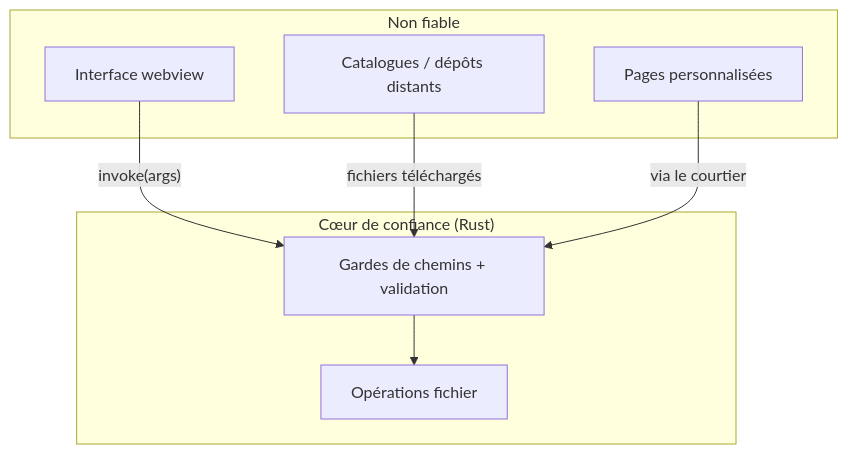
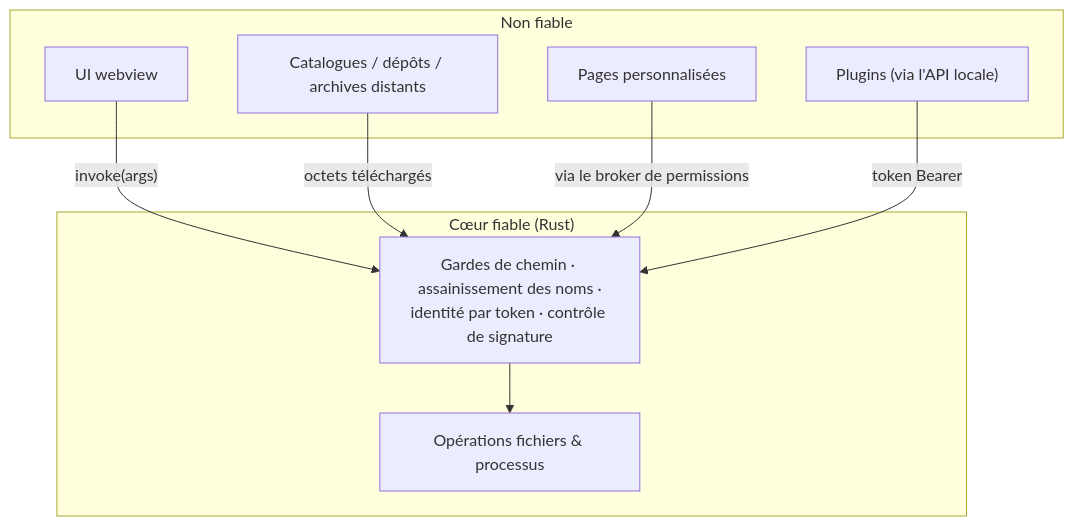
Before and after one commit to FreeProject089/BMM-Docs: the first of 3 diagrams in docs/how-it-works/security.fr.md, drawn with Mermaid. The commit also changed other lines of this file and 7 other files, not shown here.

````diff
--- a/docs/how-it-works/security.fr.md
+++ b/docs/how-it-works/security.fr.md
@@ -9,16 +14,18 @@
 ```mermaid
 flowchart TB
     subgraph Untrusted["Non fiable"]
-        WV["Interface webview"]
-        NET["Catalogues / dépôts distants"]
+        WV["UI webview"]
+        NET["Catalogues / dépôts / archives distants"]
         PAGE["Pages personnalisées"]
+        PLUG["Plugins (via l'API locale)"]
     end
-    subgraph Trusted["Cœur de confiance (Rust)"]
-        GUARD["Gardes de chemins + validation"]
-        CORE["Opérations fichier"]
+    subgraph Trusted["Cœur fiable (Rust)"]
+        GUARD["Gardes de chemin · assainissement des noms ·<br/>identité par token · contrôle de signature"]
+        CORE["Opérations fichiers &amp; processus"]
     end
     WV -- "invoke(args)" --> GUARD
-    NET -- "fichiers téléchargés" --> GUARD
-    PAGE -- "via le courtier" --> GUARD
+    NET -- "octets téléchargés" --> GUARD
+    PAGE -- "via le broker de permissions" --> GUARD
+    PLUG -- "token Bearer" --> GUARD
     GUARD --> CORE
 ```
````
